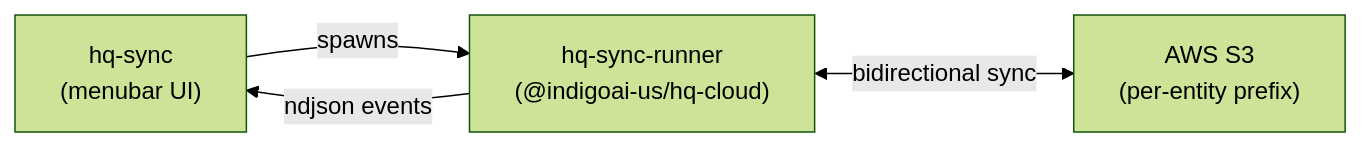
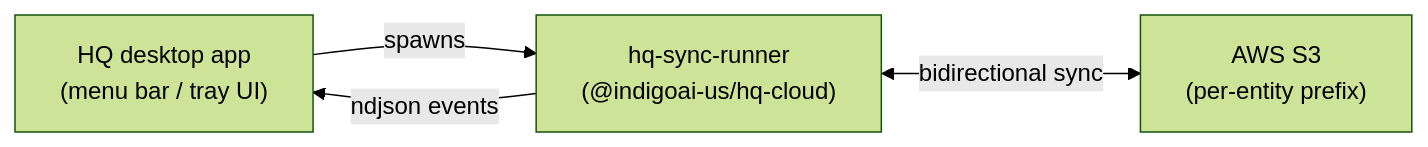
Before and after one commit to indigoai-us/indigo-docs: the first of 2 diagrams in src/content/docs/hq/products/hq-sync.mdx, drawn with Mermaid (forest theme). The commit also changed other lines of this file and 1 other file, not shown here.

Commit message:
docs: update desktop onboarding flow

````diff
--- a/src/content/docs/hq/products/hq-sync.mdx
+++ b/src/content/docs/hq/products/hq-sync.mdx
@@ -22,6 +39,6 @@
 ```mermaid
 graph LR
-    tray["hq-sync<br/>(menubar UI)"] -->|spawns| runner["hq-sync-runner<br/>(@indigoai-us/hq-cloud)"]
+    tray["HQ desktop app<br/>(menu bar / tray UI)"] -->|spawns| runner["hq-sync-runner<br/>(@indigoai-us/hq-cloud)"]
     runner <-->|bidirectional sync| s3["AWS S3<br/>(per-entity prefix)"]
     runner -->|ndjson events| tray
 ```
````
